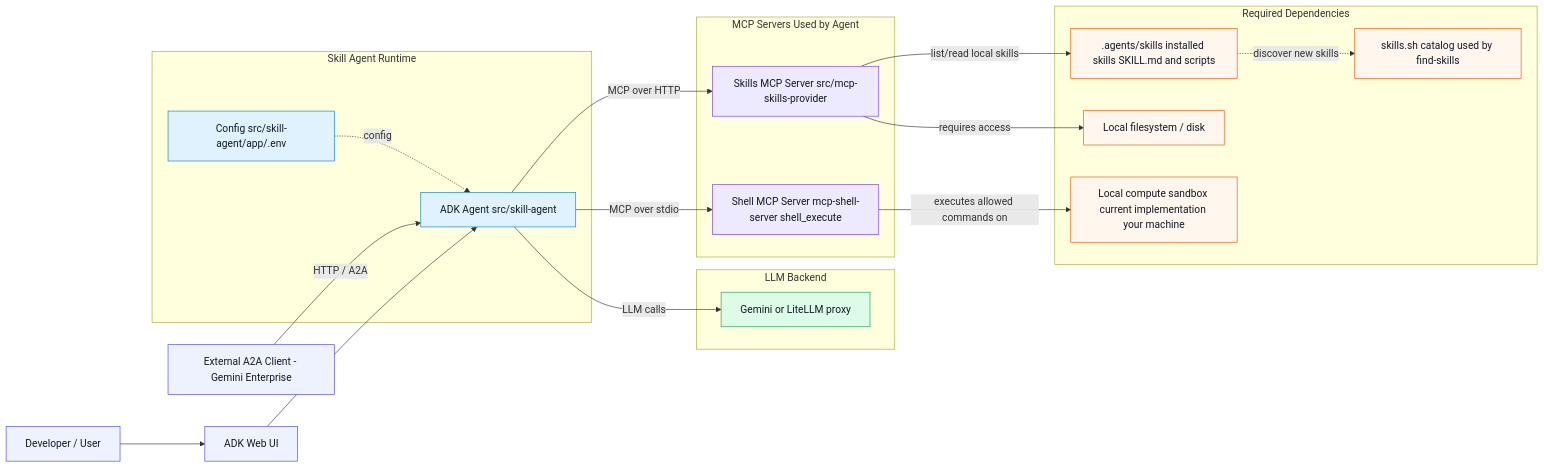
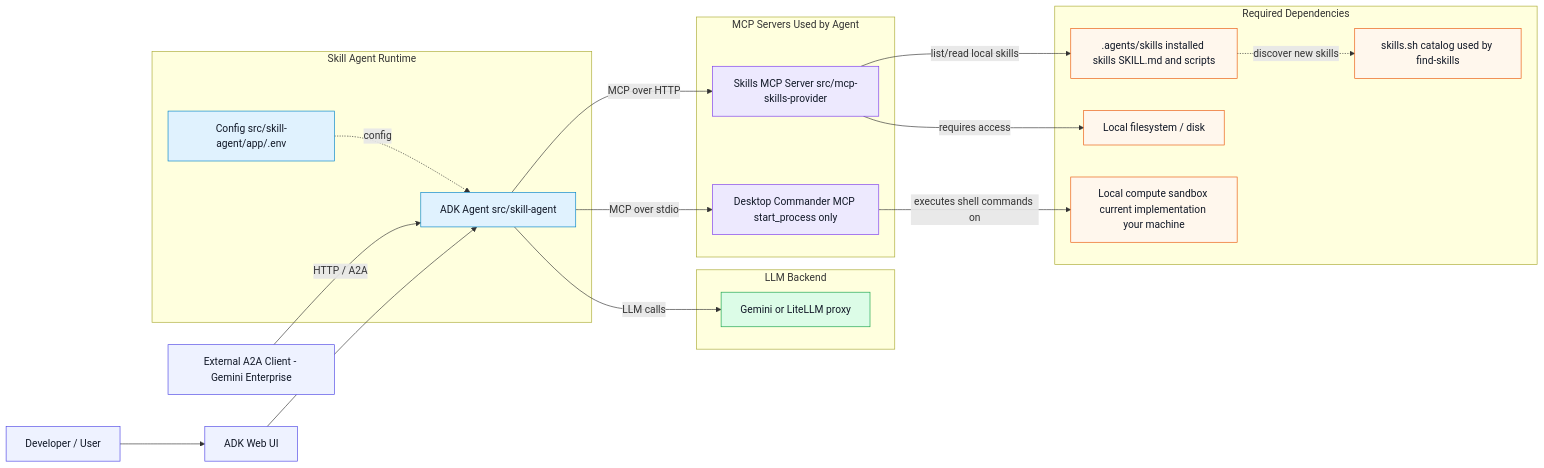
The diagram in README.md (se02035/skilled-adk-agents), drawn with Mermaid before and after one commit. The commit also changed other lines of this file and 9 other files, not shown here.

````diff
--- a/README.md
+++ b/README.md
@@ -20,51 +20,51 @@
 ```mermaid
 flowchart LR
     U[Developer / User]
     ADKWeb[ADK Web UI]
     A2AClient[External A2A Client - Gemini Enterprise]
 
     subgraph AgentRuntime[Skill Agent Runtime]
         SA[ADK Agent src/skill-agent]
         ENV[Config src/skill-agent/app/.env]
     end
 
     subgraph MCPServers[MCP Servers Used by Agent]
         SkillsMCP[Skills MCP Server src/mcp-skills-provider]
-        ShellMCP[Shell MCP Server mcp-shell-server shell_execute]
+        ShellMCP[Desktop Commander MCP start_process only]
     end
 
     subgraph Dependencies[Required Dependencies]
         FS[Local filesystem / disk]
         Compute[Local compute sandbox current implementation your machine]
         SkillsRepo[skills.sh catalog used by find-skills]
         SKILLS[.agents/skills installed skills SKILL.md and scripts]
     end
 
     subgraph Cloud[LLM Backend]
         MODEL["Gemini or LiteLLM proxy"]
     end
 
     U --> ADKWeb
     ADKWeb --> SA
     A2AClient -->|HTTP / A2A| SA
     ENV -. config .-> SA
     SA -->|MCP over HTTP| SkillsMCP
     SA -->|MCP over stdio| ShellMCP
     SkillsMCP -->|list/read local skills| SKILLS
     SkillsMCP -->|requires access| FS
-    ShellMCP -->|executes allowed commands on| Compute
+    ShellMCP -->|executes shell commands on| Compute
     SKILLS -. discover new skills .-> SkillsRepo
     SA -->|LLM calls| MODEL
 
     classDef entry fill:#eef2ff,stroke:#4f46e5,stroke-width:1px,color:#111827;
     classDef runtime fill:#e0f2fe,stroke:#0284c7,stroke-width:1px,color:#111827;
     classDef mcp fill:#ede9fe,stroke:#7c3aed,stroke-width:1px,color:#111827;
     classDef deps fill:#fff7ed,stroke:#ea580c,stroke-width:1px,color:#111827;
     classDef cloud fill:#dcfce7,stroke:#16a34a,stroke-width:1px,color:#111827;
 
     class U,ADKWeb,A2AClient entry;
     class SA,ENV runtime;
     class SkillsMCP,ShellMCP mcp;
     class FS,Compute,SkillsRepo,SKILLS deps;
     class MODEL cloud;
 ```
````
